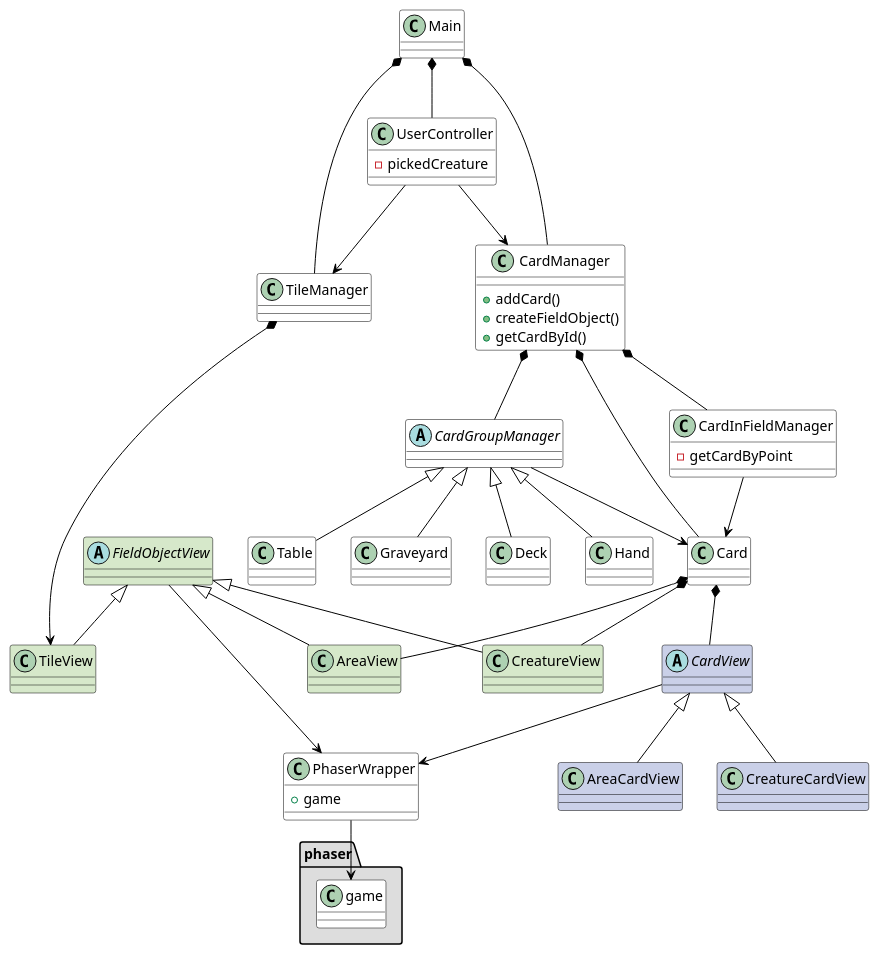
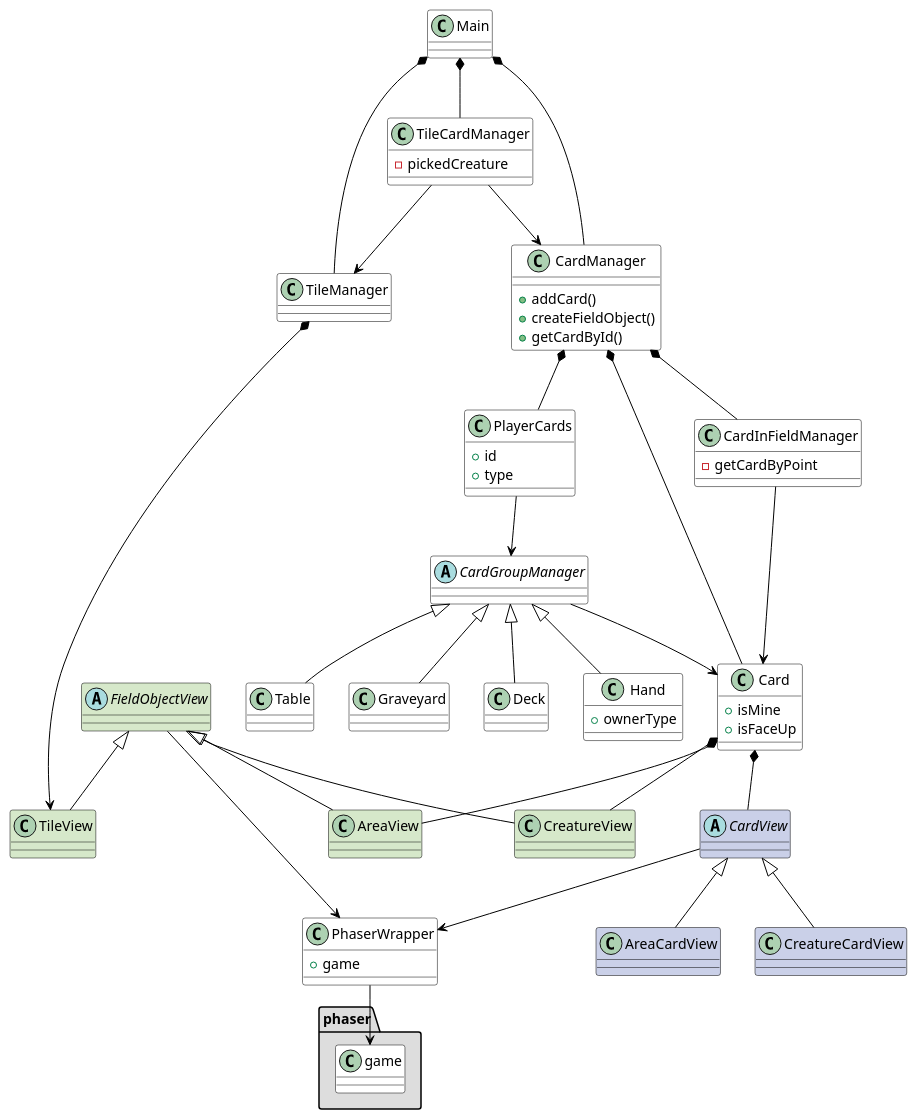
The diagram in uml/base.puml (gamesFTW/phaser-card-game-client), drawn with PlantUML before and after one commit. The commit also changed 20 other files, not shown here.

```diff
--- a/uml/base.puml
+++ b/uml/base.puml
@@ -1,112 +1,124 @@
 @startuml
 
 'Палитра
 '#D6E8CA
 '#CAD0E8
 '#F7CDFF
 
 skinparam class {
 	ArrowColor black
 	BorderColor black
 }
 
 skinparam stereotypeCBackgroundColor YellowGreen
 skinparam shadowing false
 
 
 class Main #ffffff
 Main *-- TileManager
 Main *-- CardManager
-Main *-- UserController
+Main *-- TileCardManager
 
 
-class UserController #ffffff {
+class TileCardManager #ffffff {
     - pickedCreature
 }
-UserController --> TileManager
-UserController --> CardManager
+TileCardManager --> TileManager
+TileCardManager --> CardManager
 
 
 ''' Про это смотри cards.puml, тут очень упощеная ее часть
 class CardManager #fff {
     + addCard()
     + createFieldObject()
     + getCardById()
 }
 CardManager *-- Card
 CardManager *-- CardInFieldManager
-CardManager *-- CardGroupManager
+CardManager *-- PlayerCards
 
 
 class TileManager #ffffff {
 }
 TileManager *--> TileView
 
 
 class CardInFieldManager #fff {
     - getCardByPoint
 }
 CardInFieldManager --> Card
 
 
+class PlayerCards #fff {
+    + id
+    + type
+}
+PlayerCards --> CardGroupManager
+
+
 abstract class CardGroupManager #fff {
 }
 CardGroupManager --> Card
 
 
-class Hand #fff
+class Hand #fff {
+    + ownerType
+}
 CardGroupManager <|-- Hand
 
 
 class Table #fff
 CardGroupManager <|-- Table
 
 
 class Graveyard #fff
 CardGroupManager <|-- Graveyard
 
 
 class Deck #fff
 CardGroupManager <|-- Deck
 
 
-class Card #fff
+class Card #fff {
+    + isMine
+    + isFaceUp
+}
 Card *-- CreatureView
 Card *-- AreaView
 Card *-- CardView
 
 
 abstract class CardView #CAD0E8
 CardView --> PhaserWrapper
 
 
 class CreatureCardView #CAD0E8
 CardView <|-- CreatureCardView
 
 
 class AreaCardView #CAD0E8
 CardView <|-- AreaCardView
 
 
 abstract class FieldObjectView #D6E8CA
 FieldObjectView <|-- TileView
 FieldObjectView <|-- CreatureView
 FieldObjectView <|-- AreaView
 FieldObjectView --> PhaserWrapper
 
 
 class CreatureView #D6E8CA
 class AreaView #D6E8CA
 class TileView #D6E8CA
 
 
 class PhaserWrapper #ffffff {
     + game
 }
 PhaserWrapper --> phaser.game
 
 
 package "phaser" #DDDDDD {
     class game #fff
 }
 @enduml
```
